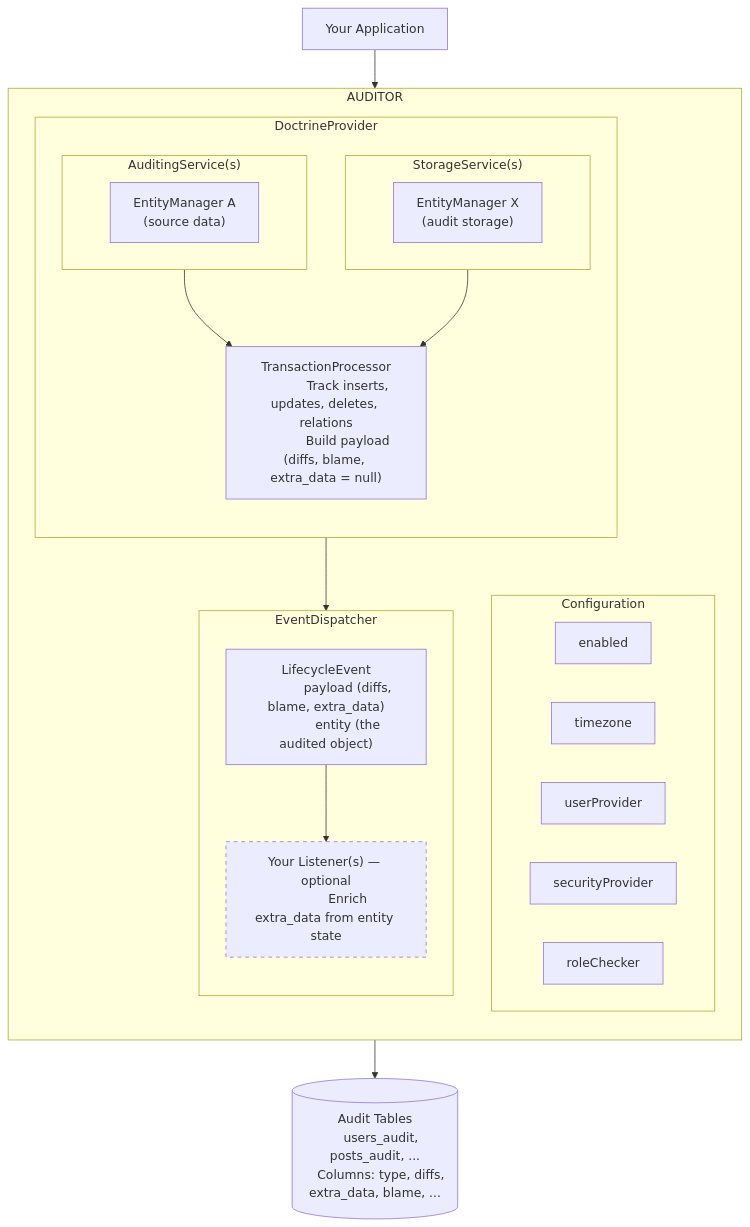
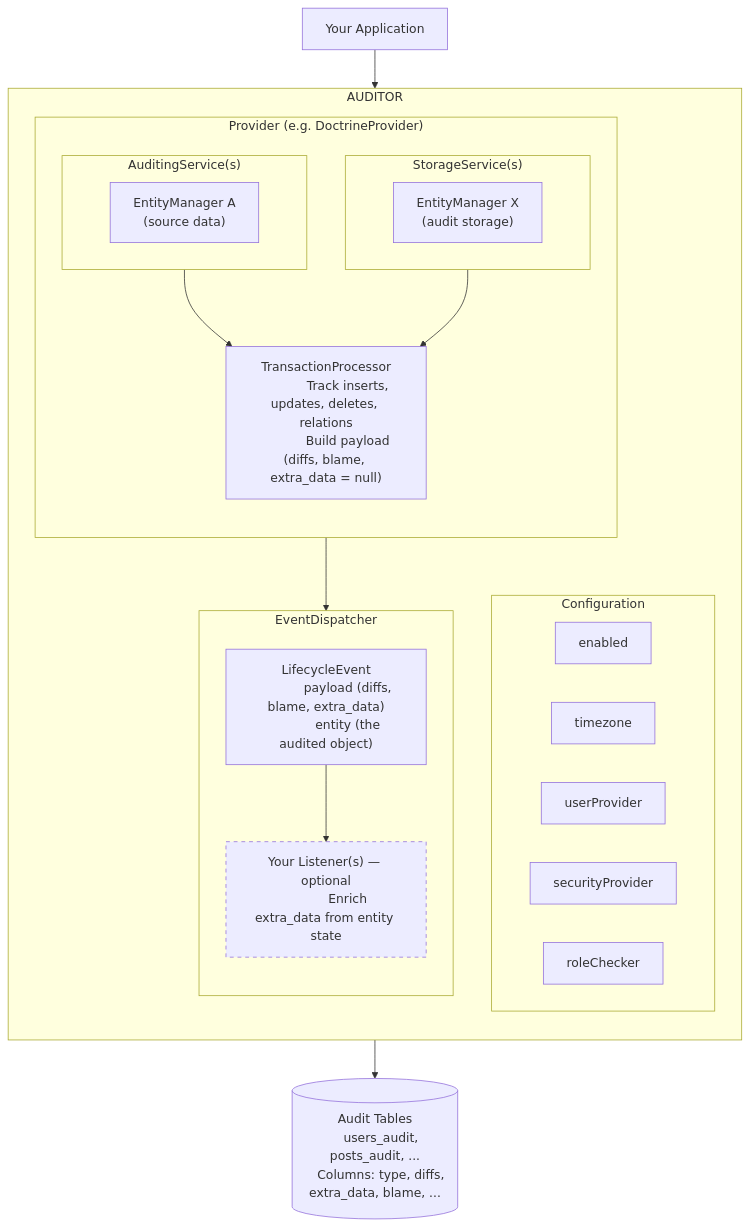
The diagram in docs/auditor/index.md (DamienHarper/auditor-docs), drawn with Mermaid before and after one commit. The commit also changed other lines of this file, not shown here.

First line of the commit message:
docs: clarify provider-based architecture on intro page

````diff
--- a/docs/auditor/index.md
+++ b/docs/auditor/index.md
@@ -37,60 +36,60 @@
 ```mermaid
 flowchart TD
     APP["Your Application"] --> AUDITOR
 
     subgraph AUDITOR["AUDITOR"]
         direction TB
 
         subgraph CONFIG["Configuration"]
             direction LR
             enabled
             timezone
             userProvider
             securityProvider
             roleChecker
         end
 
-        subgraph PROVIDER["DoctrineProvider"]
+        subgraph PROVIDER["Provider (e.g. DoctrineProvider)"]
             direction TB
 
             subgraph AUDITING["AuditingService(s)"]
                 EMA["EntityManager A
                 (source data)"]
             end
 
             subgraph STORAGE["StorageService(s)"]
                 EMX["EntityManager X
                 (audit storage)"]
             end
 
             AUDITING --> TP
             STORAGE --> TP
 
             TP["TransactionProcessor
             Track inserts, updates, deletes, relations
             Build payload (diffs, blame, extra_data = null)"]
         end
 
         subgraph EVENTS["EventDispatcher"]
             direction TB
             TP --> LE
 
             LE["LifecycleEvent
             payload (diffs, blame, extra_data)
             entity (the audited object)"]
 
             LE --> LISTENER
 
             LISTENER["Your Listener(s) — optional
             Enrich extra_data from entity state"]:::optional
         end
     end
 
     LISTENER --> DB
 
     DB[("Audit Tables
     users_audit, posts_audit, ...
     Columns: type, diffs, extra_data, blame, ...")]
 
     classDef optional stroke-dasharray: 5 5
 ```
````
